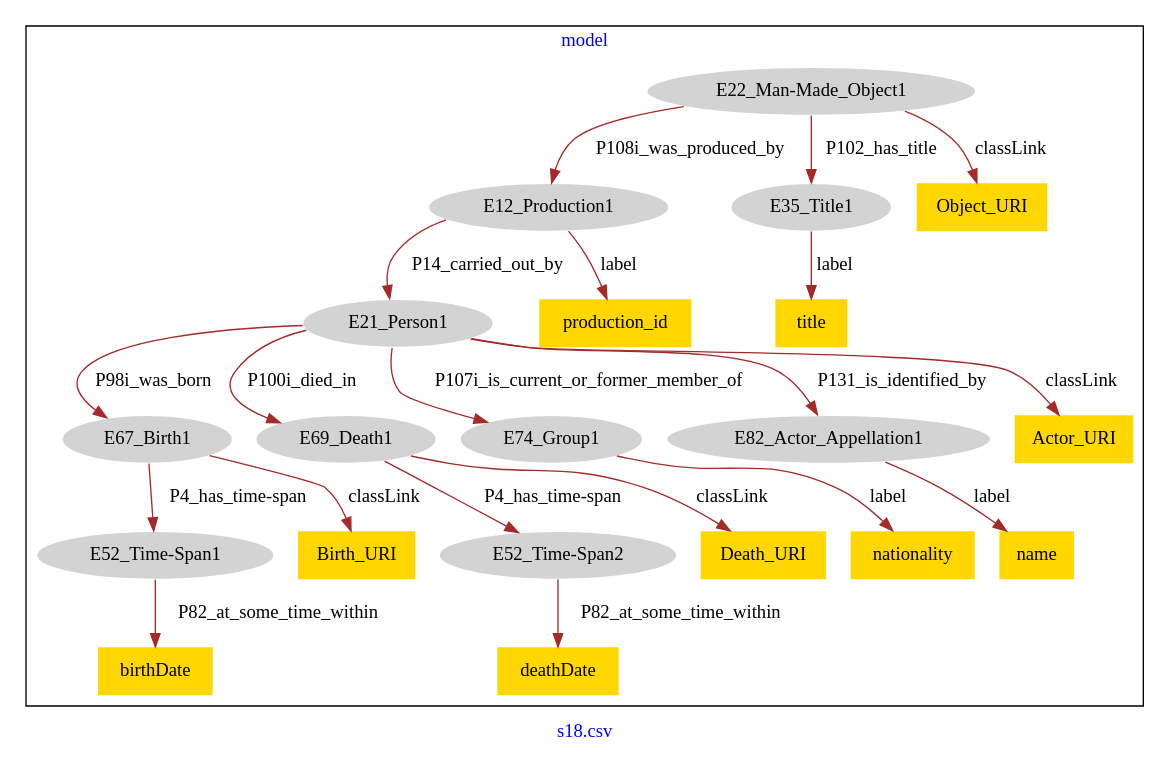
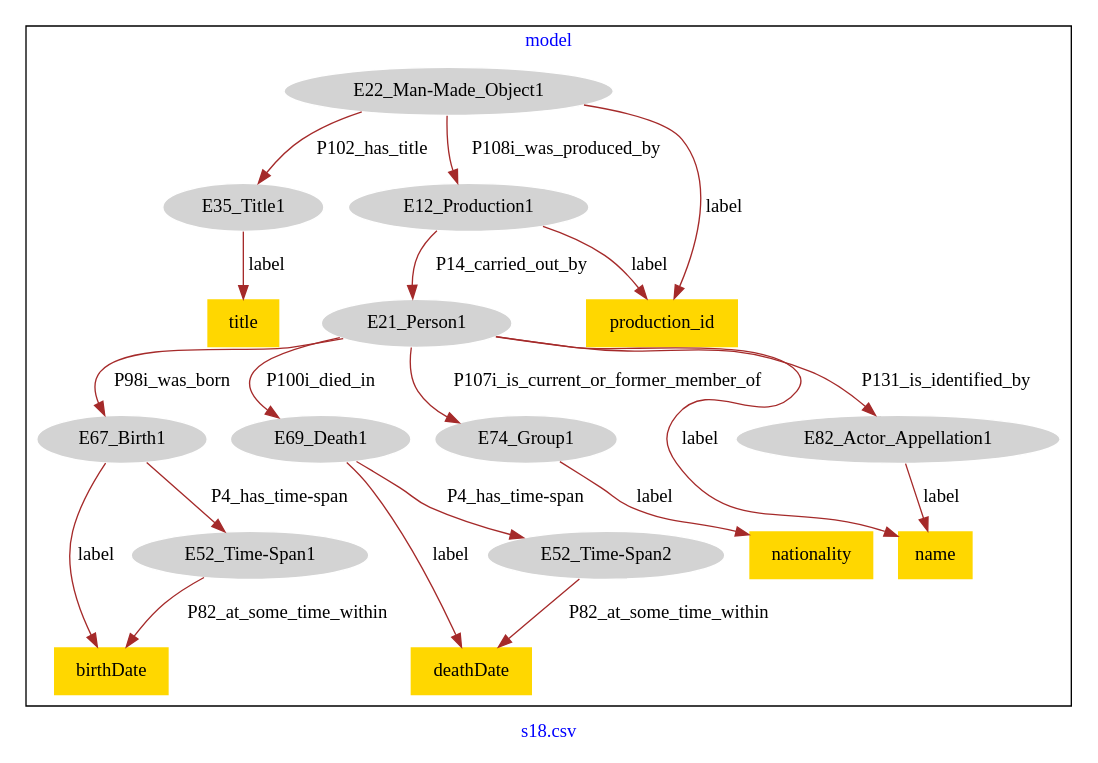
One commit to Zaiwen/ModelCorrection_Jiakang_XU changed the diagram in DataSets/museum-crm/models-graphviz/s18.csv.model.dot. Above: the diagram before and after it, drawn with Graphviz. The commit also changed 67 other files, not shown here.

```diff
--- a/DataSets/museum-crm/models-graphviz/s18.csv.model.dot
+++ b/DataSets/museum-crm/models-graphviz/s18.csv.model.dot
@@ -1,47 +1,43 @@
 digraph n0 {
 fontcolor="blue"
 remincross="true"
 label="s18.csv"
 subgraph cluster {
 label="model"
 n2[style="filled",color="white",fillcolor="lightgray",label="E12_Production1"];
 n3[style="filled",color="white",fillcolor="lightgray",label="E21_Person1"];
 n4[style="filled",color="white",fillcolor="lightgray",label="E67_Birth1"];
 n5[style="filled",color="white",fillcolor="lightgray",label="E69_Death1"];
 n6[style="filled",color="white",fillcolor="lightgray",label="E74_Group1"];
 n7[style="filled",color="white",fillcolor="lightgray",label="E82_Actor_Appellation1"];
 n8[style="filled",color="white",fillcolor="lightgray",label="E22_Man-Made_Object1"];
 n9[style="filled",color="white",fillcolor="lightgray",label="E35_Title1"];
 n10[style="filled",color="white",fillcolor="lightgray",label="E52_Time-Span1"];
 n11[style="filled",color="white",fillcolor="lightgray",label="E52_Time-Span2"];
-n12[shape="plaintext",style="filled",fillcolor="gold",label="Death_URI"];
-n13[shape="plaintext",style="filled",fillcolor="gold",label="title"];
-n14[shape="plaintext",style="filled",fillcolor="gold",label="nationality"];
-n15[shape="plaintext",style="filled",fillcolor="gold",label="name"];
-n16[shape="plaintext",style="filled",fillcolor="gold",label="deathDate"];
-n17[shape="plaintext",style="filled",fillcolor="gold",label="birthDate"];
-n18[shape="plaintext",style="filled",fillcolor="gold",label="production_id"];
-n19[shape="plaintext",style="filled",fillcolor="gold",label="Birth_URI"];
-n20[shape="plaintext",style="filled",fillcolor="gold",label="Actor_URI"];
-n21[shape="plaintext",style="filled",fillcolor="gold",label="Object_URI"];
+n12[shape="plaintext",style="filled",fillcolor="gold",label="name"];
+n13[shape="plaintext",style="filled",fillcolor="gold",label="nationality"];
+n14[shape="plaintext",style="filled",fillcolor="gold",label="title"];
+n15[shape="plaintext",style="filled",fillcolor="gold",label="production_id"];
+n16[shape="plaintext",style="filled",fillcolor="gold",label="birthDate"];
+n17[shape="plaintext",style="filled",fillcolor="gold",label="deathDate"];
 }
 n2 -> n3[color="brown",fontcolor="black",label="P14_carried_out_by"]
 n3 -> n4[color="brown",fontcolor="black",label="P98i_was_born"]
 n3 -> n5[color="brown",fontcolor="black",label="P100i_died_in"]
 n3 -> n6[color="brown",fontcolor="black",label="P107i_is_current_or_former_member_of"]
 n3 -> n7[color="brown",fontcolor="black",label="P131_is_identified_by"]
 n8 -> n2[color="brown",fontcolor="black",label="P108i_was_produced_by"]
 n8 -> n9[color="brown",fontcolor="black",label="P102_has_title"]
 n4 -> n10[color="brown",fontcolor="black",label="P4_has_time-span"]
 n5 -> n11[color="brown",fontcolor="black",label="P4_has_time-span"]
-n5 -> n12[color="brown",fontcolor="black",label="classLink"]
-n9 -> n13[color="brown",fontcolor="black",label="label"]
-n6 -> n14[color="brown",fontcolor="black",label="label"]
-n7 -> n15[color="brown",fontcolor="black",label="label"]
-n11 -> n16[color="brown",fontcolor="black",label="P82_at_some_time_within"]
-n10 -> n17[color="brown",fontcolor="black",label="P82_at_some_time_within"]
-n2 -> n18[color="brown",fontcolor="black",label="label"]
-n4 -> n19[color="brown",fontcolor="black",label="classLink"]
-n3 -> n20[color="brown",fontcolor="black",label="classLink"]
-n8 -> n21[color="brown",fontcolor="black",label="classLink"]
+n7 -> n12[color="brown",fontcolor="black",label="label"]
+n6 -> n13[color="brown",fontcolor="black",label="label"]
+n9 -> n14[color="brown",fontcolor="black",label="label"]
+n8 -> n15[color="brown",fontcolor="black",label="label"]
+n10 -> n16[color="brown",fontcolor="black",label="P82_at_some_time_within"]
+n11 -> n17[color="brown",fontcolor="black",label="P82_at_some_time_within"]
+n2 -> n15[color="brown",fontcolor="black",label="label"]
+n4 -> n16[color="brown",fontcolor="black",label="label"]
+n3 -> n12[color="brown",fontcolor="black",label="label"]
+n5 -> n17[color="brown",fontcolor="black",label="label"]
 }
```
